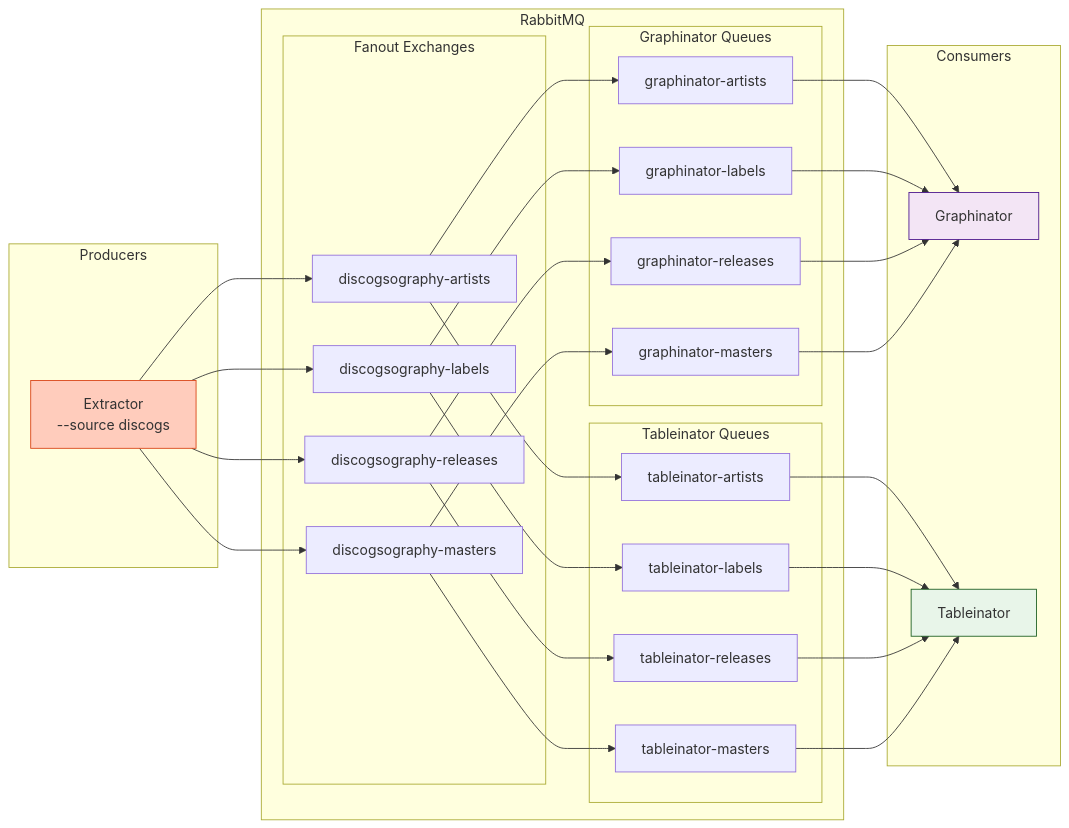
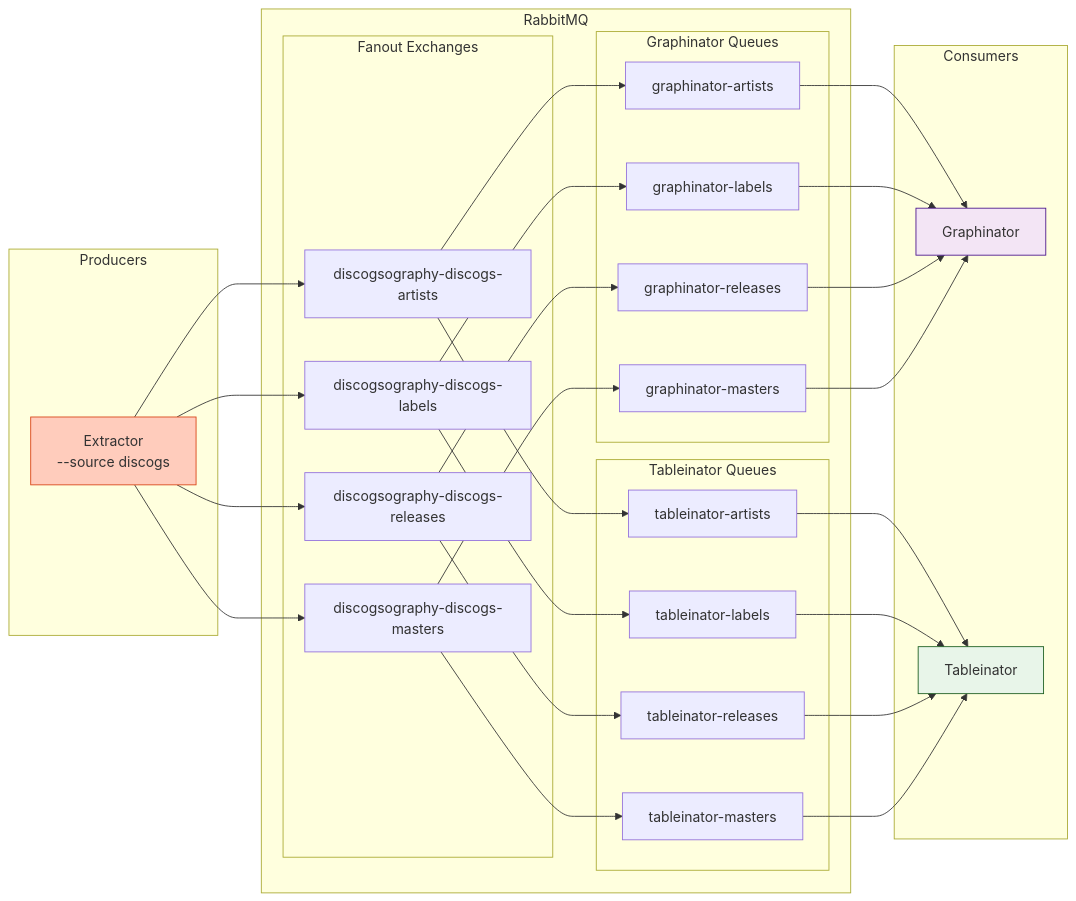
One commit to groovemap-music/deployment changed the fifth of 6 diagrams in docs/architecture.md. Above: the diagram before and after it, drawn with Mermaid. The commit also changed other lines of this file and 2 other files, not shown here.

````diff
--- a/docs/architecture.md
+++ b/docs/architecture.md
@@ -635,48 +635,48 @@
 ```mermaid
 graph LR
     subgraph Producers
         EXT[Extractor<br/>--source discogs]
     end
 
     subgraph RabbitMQ
         subgraph Fanout Exchanges
-            AX[discogsography-artists]
-            LX[discogsography-labels]
-            RX[discogsography-releases]
-            MX[discogsography-masters]
+            AX[discogsography-discogs-artists]
+            LX[discogsography-discogs-labels]
+            RX[discogsography-discogs-releases]
+            MX[discogsography-discogs-masters]
         end
 
         subgraph Graphinator Queues
             GAQ[graphinator-artists]
             GLQ[graphinator-labels]
             GRQ[graphinator-releases]
             GMQ[graphinator-masters]
         end
 
         subgraph Tableinator Queues
             TAQ[tableinator-artists]
             TLQ[tableinator-labels]
             TRQ[tableinator-releases]
             TMQ[tableinator-masters]
         end
     end
 
     subgraph Consumers
         GRAPH[Graphinator]
         TABLE[Tableinator]
     end
 
     EXT --> AX & LX & RX & MX
 
     AX --> GAQ & TAQ
     LX --> GLQ & TLQ
     RX --> GRQ & TRQ
     MX --> GMQ & TMQ
 
     GAQ & GLQ & GRQ & GMQ --> GRAPH
     TAQ & TLQ & TRQ & TMQ --> TABLE
 
     style EXT fill:#ffccbc,stroke:#d84315
     style GRAPH fill:#f3e5f5,stroke:#4a148c
     style TABLE fill:#e8f5e9,stroke:#1b5e20
 ```
````
